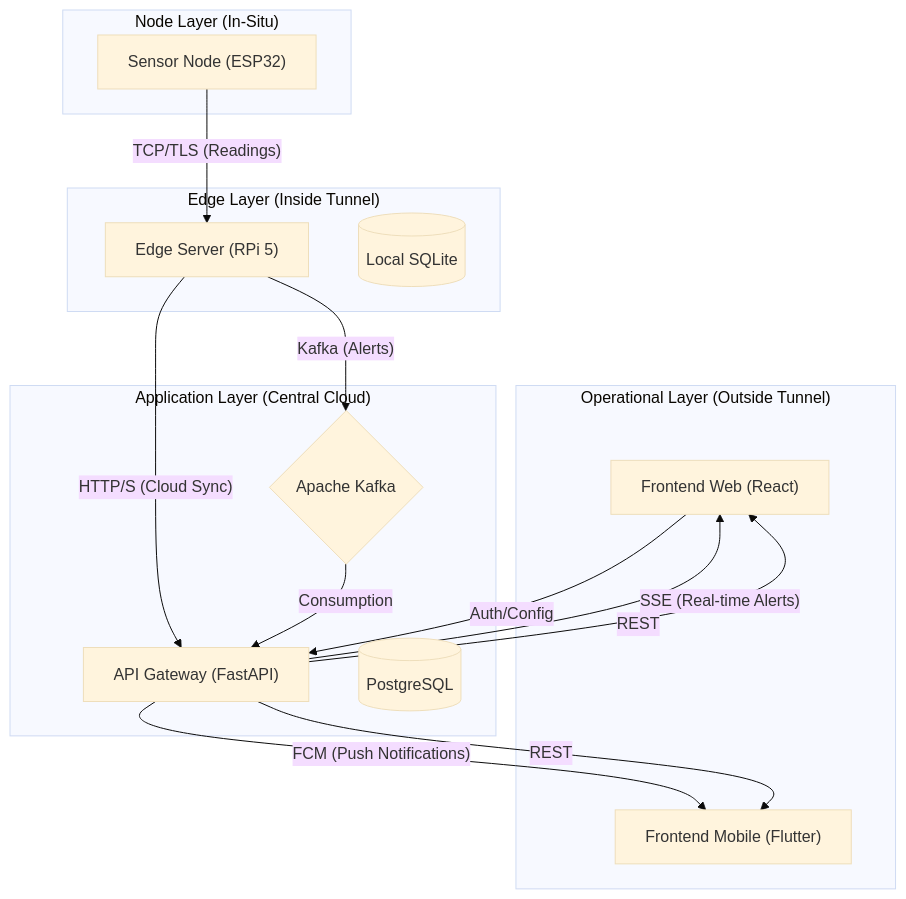
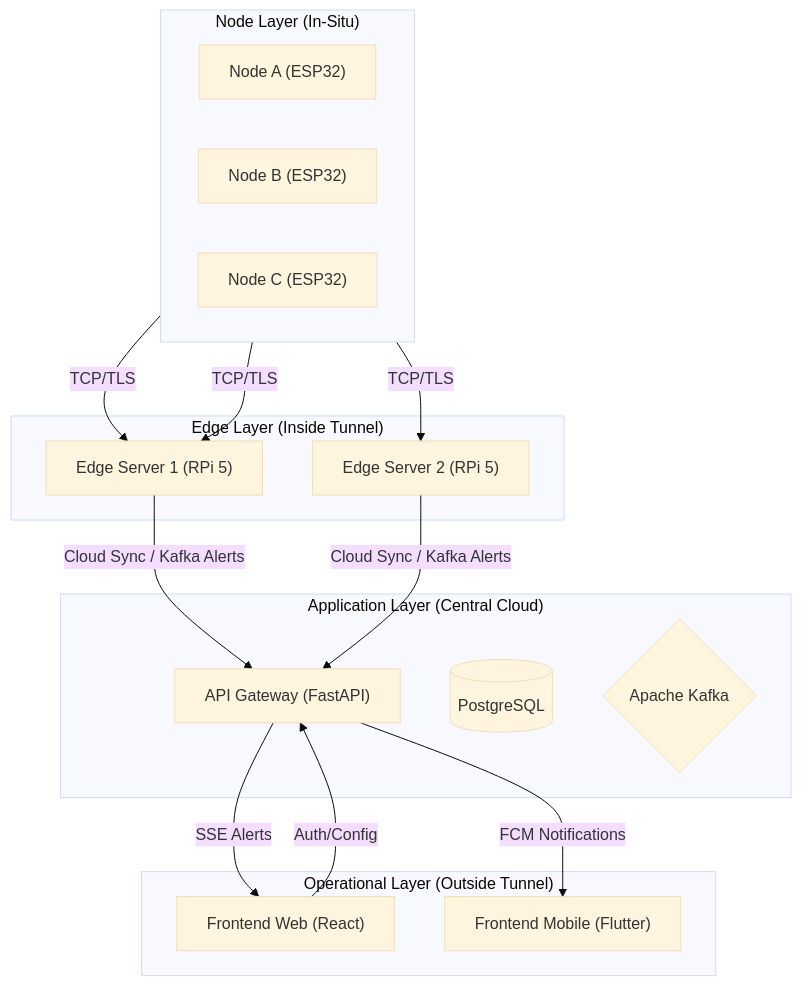
The first of 5 diagrams in README.md (sam-harold/deepatmos-info), drawn with Mermaid (base theme) before and after one commit. The commit also changed other lines of this file, not shown here.

````diff
--- a/README.md
+++ b/README.md
@@ -30,33 +30,37 @@
 ```mermaid
 graph TD
     subgraph "Operational Layer (Outside Tunnel)"
         Web["Frontend Web (React)"]
         Mobile["Frontend Mobile (Flutter)"]
     end
 
     subgraph "Application Layer (Central Cloud)"
         FastAPI["API Gateway (FastAPI)"]
         DB[(PostgreSQL)]
         Kafka{Apache Kafka}
     end
 
     subgraph "Edge Layer (Inside Tunnel)"
-        RPi["Edge Server (RPi 5)"]
-        SQLite[(Local SQLite)]
+        RPi1["Edge Server 1 (RPi 5)"]
+        RPi2["Edge Server 2 (RPi 5)"]
     end
 
     subgraph "Node Layer (In-Situ)"
-        ESP["Sensor Node (ESP32)"]
+        direction LR
+        ESP1["Node A (ESP32)"]
+        ESP2["Node B (ESP32)"]
+        ESP3["Node C (ESP32)"]
     end
 
     %% Communication Flows
-    ESP -- "TCP/TLS (Readings)" --> RPi
-    RPi -- "HTTP/S (Cloud Sync)" --> FastAPI
-    RPi -- "Kafka (Alerts)" --> Kafka
-    Kafka -- "Consumption" --> FastAPI
-    FastAPI -- "SSE (Real-time Alerts)" --> Web
-    FastAPI -- "FCM (Push Notifications)" --> Mobile
-    FastAPI -- "REST" --> Web
-    FastAPI -- "REST" --> Mobile
+    ESP1 -- "TCP/TLS" --> RPi1
+    ESP2 -- "TCP/TLS" --> RPi1
+    ESP3 -- "TCP/TLS" --> RPi2
+
+    RPi1 -- "Cloud Sync / Kafka Alerts" --> FastAPI
+    RPi2 -- "Cloud Sync / Kafka Alerts" --> FastAPI
+    
+    FastAPI -- "SSE Alerts" --> Web
+    FastAPI -- "FCM Notifications" --> Mobile
     Web -- "Auth/Config" --> FastAPI
 ```
````
